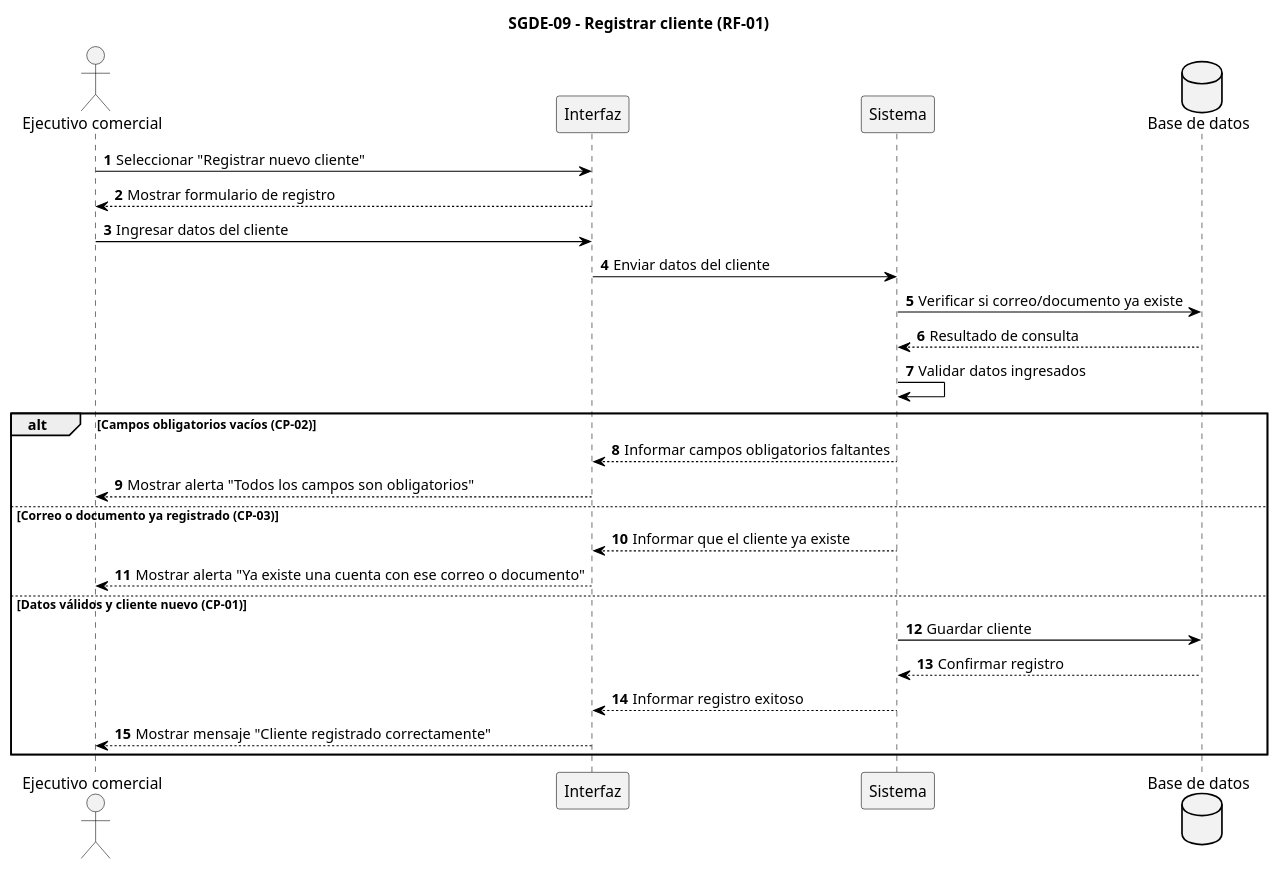
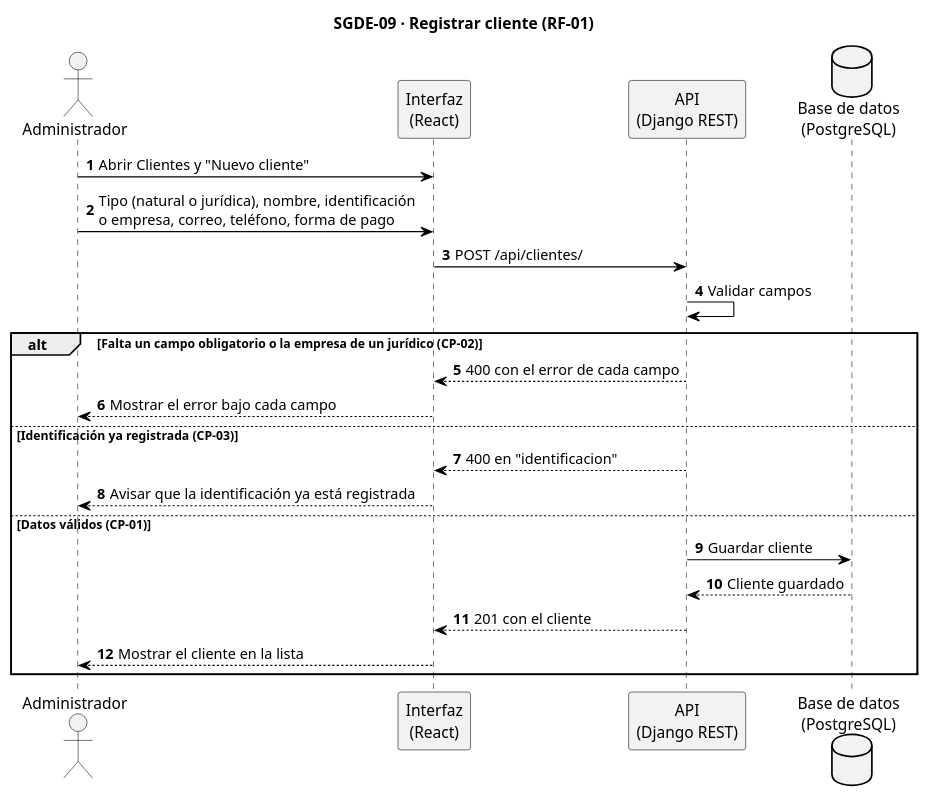
The diagram in docs/diagramas_secuencia_sgde_v3/SGDE-09_Registrar_cliente_secuencia.puml (AndreCamx2/Gestion-De-Eventos), drawn with PlantUML before and after one commit. The commit also changed 172 other files, not shown here.

First line of the commit message:
docs(diagramas): alinear los diagramas con el sistema construido

```diff
--- a/docs/diagramas_secuencia_sgde_v3/SGDE-09_Registrar_cliente_secuencia.puml
+++ b/docs/diagramas_secuencia_sgde_v3/SGDE-09_Registrar_cliente_secuencia.puml
@@ -1,43 +1,43 @@
 @startuml SGDE-09_Registrar_cliente_secuencia
-title SGDE-09 - Registrar cliente (RF-01)
+title SGDE-09 · Registrar cliente (RF-01)
 skinparam backgroundColor white
 skinparam sequence {
   ArrowColor black
   LifeLineBorderColor black
   ParticipantBorderColor black
   ParticipantBackgroundColor #F2F2F2
   ActorBorderColor black
   ActorBackgroundColor #F2F2F2
 }
 skinparam database {
   BackgroundColor #F2F2F2
   BorderColor black
 }
+skinparam note {
+  BackgroundColor #FFFBEA
+  BorderColor #B8A86B
+}
 autonumber
 
-actor "Ejecutivo comercial" as EC
-participant "Interfaz" as UI
-participant "Sistema" as SI
-database "Base de datos" as BD
+actor "Administrador" as AD
+participant "Interfaz\n(React)" as UI
+participant "API\n(Django REST)" as SI
+database "Base de datos\n(PostgreSQL)" as BD
 
-EC -> UI : Seleccionar "Registrar nuevo cliente"
-UI --> EC : Mostrar formulario de registro
-EC -> UI : Ingresar datos del cliente
-UI -> SI : Enviar datos del cliente
-SI -> BD : Verificar si correo/documento ya existe
-BD --> SI : Resultado de consulta
-SI -> SI : Validar datos ingresados
-
-alt Campos obligatorios vacíos (CP-02)
-  SI --> UI : Informar campos obligatorios faltantes
-  UI --> EC : Mostrar alerta "Todos los campos son obligatorios"
-else Correo o documento ya registrado (CP-03)
-  SI --> UI : Informar que el cliente ya existe
-  UI --> EC : Mostrar alerta "Ya existe una cuenta con ese correo o documento"
-else Datos válidos y cliente nuevo (CP-01)
+AD -> UI : Abrir Clientes y "Nuevo cliente"
+AD -> UI : Tipo (natural o jurídica), nombre, identificación\no empresa, correo, teléfono, forma de pago
+UI -> SI : POST /api/clientes/
+SI -> SI : Validar campos
+alt Falta un campo obligatorio o la empresa de un jurídico (CP-02)
+  SI --> UI : 400 con el error de cada campo
+  UI --> AD : Mostrar el error bajo cada campo
+else Identificación ya registrada (CP-03)
+  SI --> UI : 400 en "identificacion"
+  UI --> AD : Avisar que la identificación ya está registrada
+else Datos válidos (CP-01)
   SI -> BD : Guardar cliente
-  BD --> SI : Confirmar registro
-  SI --> UI : Informar registro exitoso
-  UI --> EC : Mostrar mensaje "Cliente registrado correctamente"
+  BD --> SI : Cliente guardado
+  SI --> UI : 201 con el cliente
+  UI --> AD : Mostrar el cliente en la lista
 end
 @enduml
```
